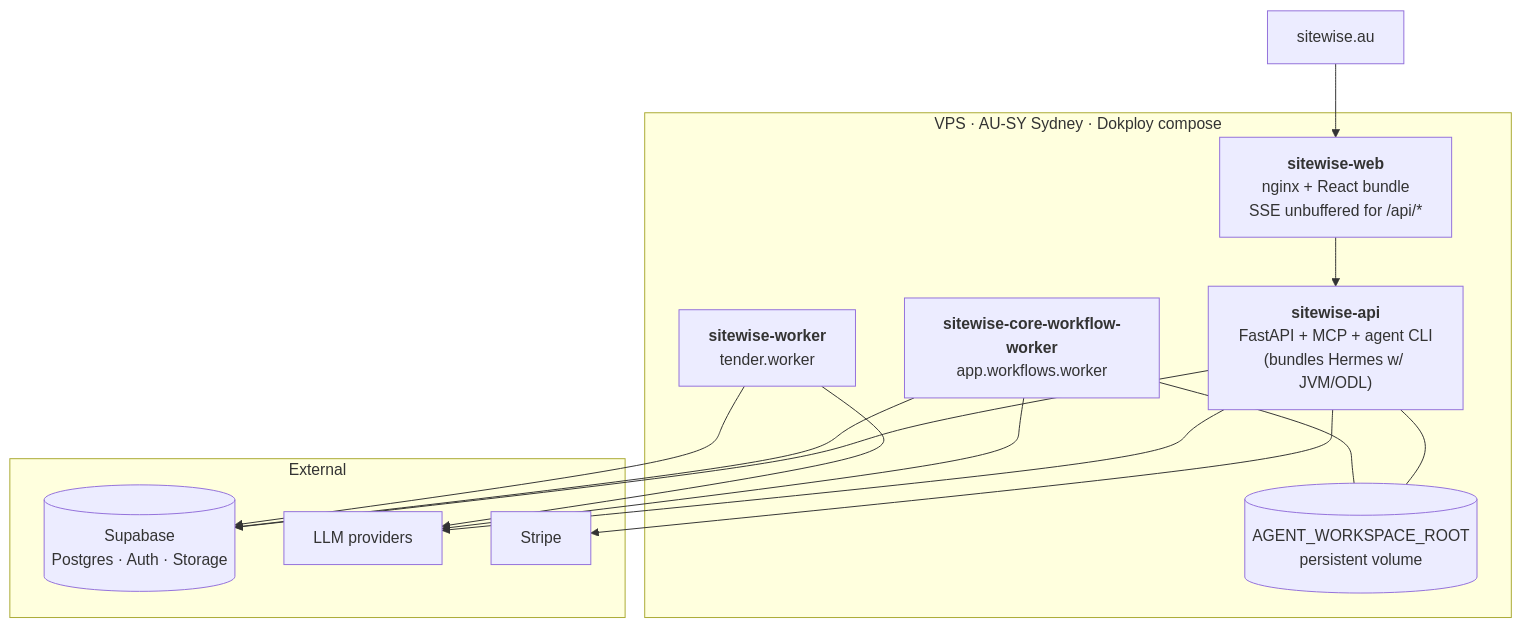
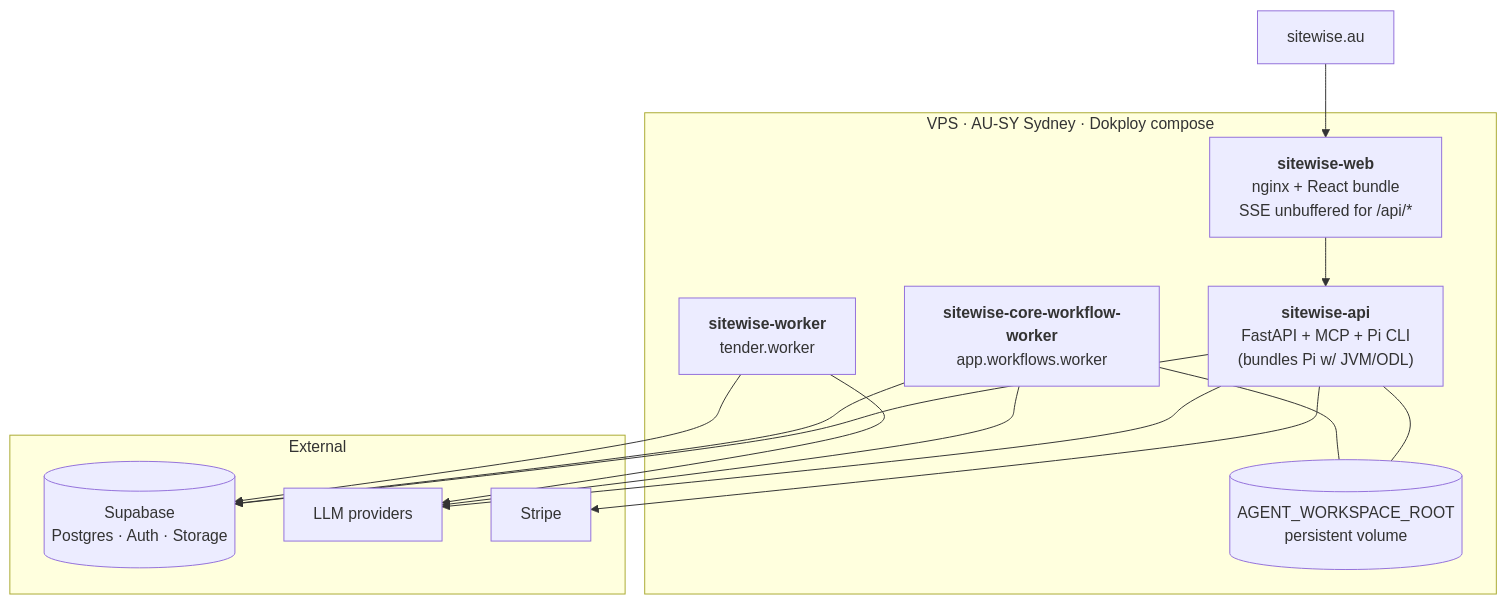
Before and after one commit to bennyclifton-svg/sitewise: diagram 26 of 29 in docs/architecture.md, drawn with Mermaid. The commit also changed other lines of this file and 125 other files, not shown here.

````diff
--- a/docs/architecture.md
+++ b/docs/architecture.md
@@ -1063,29 +1055,29 @@
 ```mermaid
 flowchart TB
     dns["sitewise.au"] --> ng
 
     subgraph vps["VPS · AU-SY Sydney · Dokploy compose"]
         ng["<b>sitewise-web</b><br/>nginx + React bundle<br/>SSE unbuffered for /api/*"]
-        api["<b>sitewise-api</b><br/>FastAPI + MCP + agent CLI<br/>(bundles Hermes w/ JVM/ODL)"]
+        api["<b>sitewise-api</b><br/>FastAPI + MCP + Pi CLI<br/>(bundles Pi w/ JVM/ODL)"]
         w1["<b>sitewise-core-workflow-worker</b><br/>app.workflows.worker"]
         w2["<b>sitewise-worker</b><br/>tender.worker"]
         vol[("AGENT_WORKSPACE_ROOT<br/>persistent volume")]
         ng --> api
         api --- vol
         w1 --- vol
     end
 
     subgraph ext["External"]
         sup[("Supabase<br/>Postgres · Auth · Storage")]
         oai["LLM providers"]
         stp["Stripe"]
     end
 
     api --> sup
     w1 --> sup
     w2 --> sup
     api --> oai
     w1 --> oai
     w2 --> oai
     api --> stp
 ```
````
